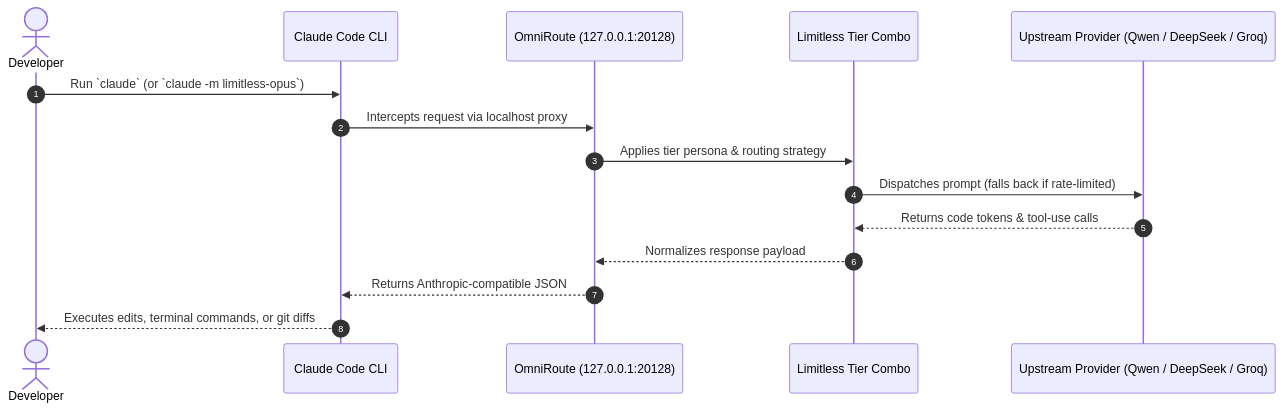
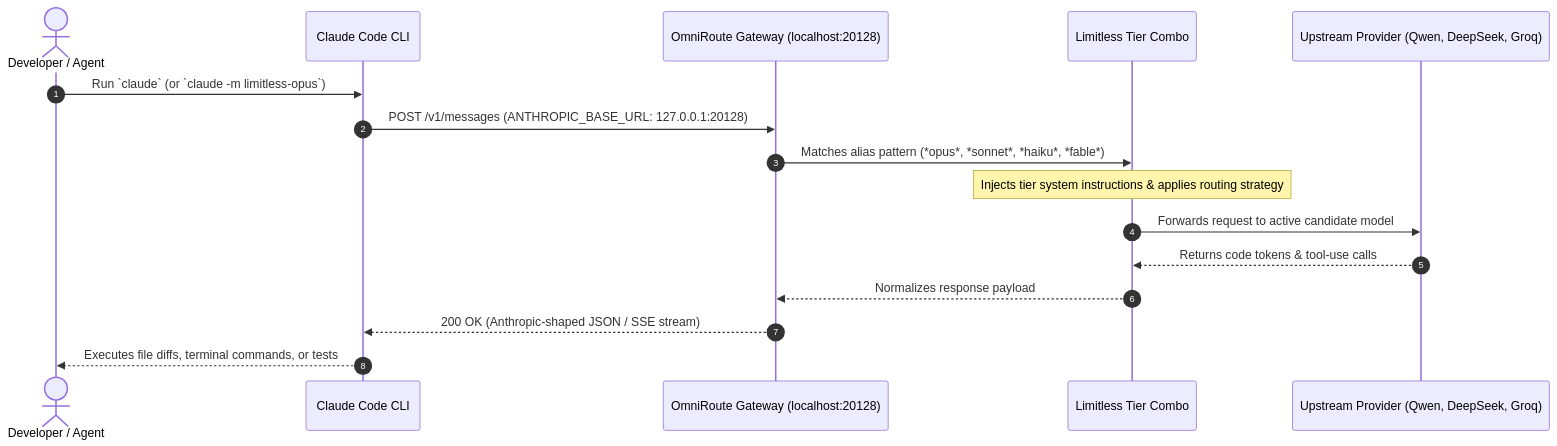
The second of 2 diagrams in README.md (mahik504/limitless-claude), drawn with Mermaid before and after one commit. The commit also changed other lines of this file and 16 other files, not shown here.

````diff
--- a/README.md
+++ b/README.md
@@ -76,18 +70,19 @@
 ```mermaid
 sequenceDiagram
     autonumber
-    actor Dev as Developer
+    actor Dev as Developer / Agent
     participant CC as Claude Code CLI
-    participant OR as OmniRoute (127.0.0.1:20128)
+    participant OR as OmniRoute Gateway (localhost:20128)
     participant Tier as Limitless Tier Combo
-    participant Upstream as Upstream Provider (Qwen / DeepSeek / Groq)
+    participant Upstream as Upstream Provider (Qwen, DeepSeek, Groq)
 
     Dev->>CC: Run `claude` (or `claude -m limitless-opus`)
-    CC->>OR: Intercepts request via localhost proxy
-    OR->>Tier: Applies tier persona & routing strategy
-    Tier->>Upstream: Dispatches prompt (falls back if rate-limited)
+    CC->>OR: POST /v1/messages (ANTHROPIC_BASE_URL: 127.0.0.1:20128)
+    OR->>Tier: Matches alias pattern (*opus*, *sonnet*, *haiku*, *fable*)
+    Note over Tier: Injects tier system instructions & applies routing strategy
+    Tier->>Upstream: Forwards request to active candidate model
     Upstream-->>Tier: Returns code tokens & tool-use calls
     Tier-->>OR: Normalizes response payload
-    OR-->>CC: Returns Anthropic-compatible JSON
-    CC-->>Dev: Executes edits, terminal commands, or git diffs
+    OR-->>CC: 200 OK (Anthropic-shaped JSON / SSE stream)
+    CC-->>Dev: Executes file diffs, terminal commands, or tests
 ```
````
